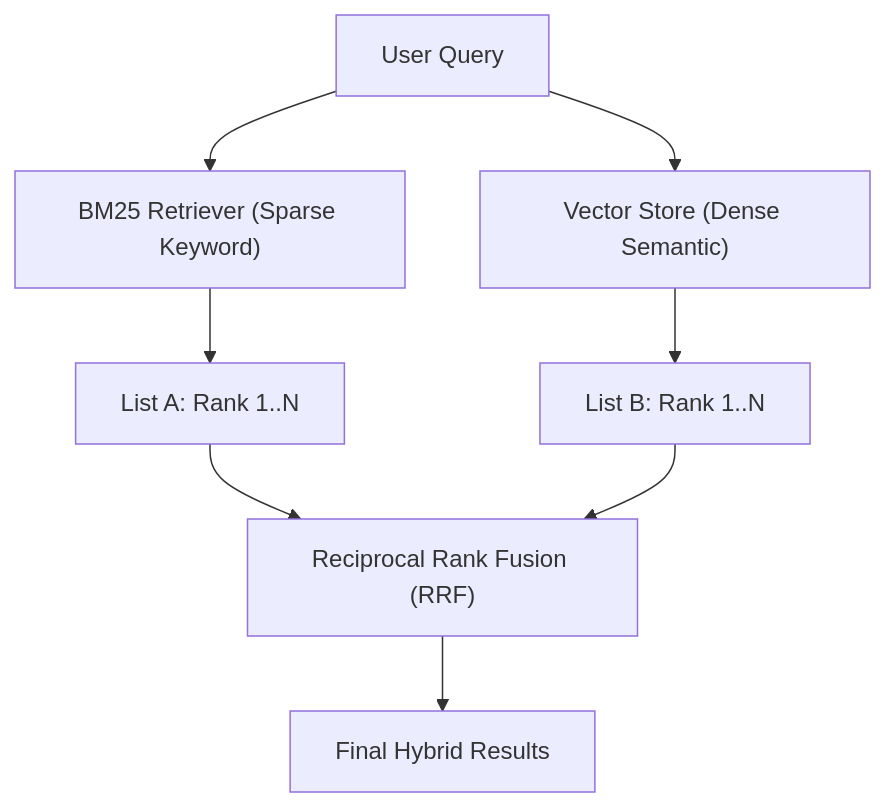
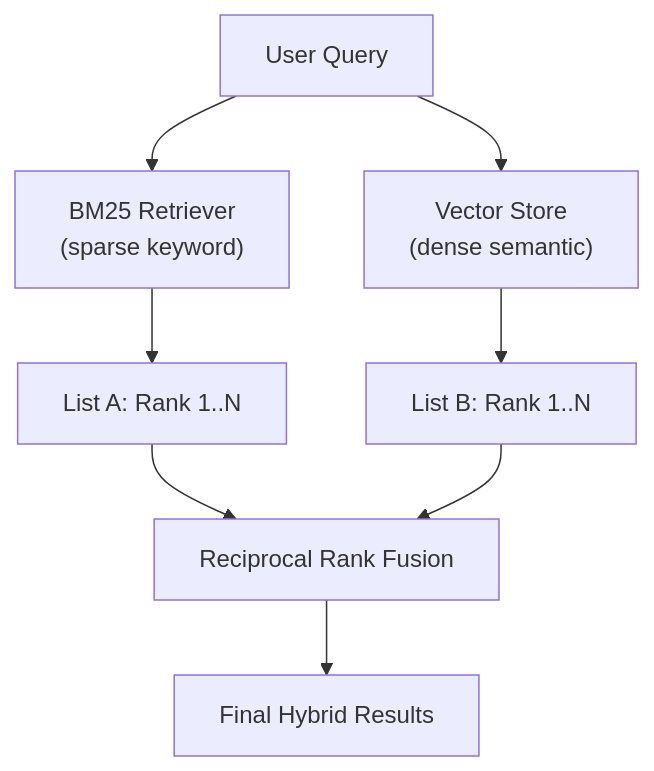
Before and after one commit to satyam0singh/Agentic-AI: diagram 13 of 13 in RAG/Retrivers.md, drawn with Mermaid. The commit also changed other lines of this file, not shown here.

````diff
--- a/RAG/Retrivers.md
+++ b/RAG/Retrivers.md
@@ -284,10 +459,10 @@
 ```mermaid
 flowchart TD
-    UQ[User Query] --> BM25["BM25 Retriever (Sparse Keyword)"]
-    UQ --> VS["Vector Store (Dense Semantic)"]
-    BM25 --> L1["List A: Rank 1..N"]
-    VS --> L2["List B: Rank 1..N"]
-    L1 --> RRF["Reciprocal Rank Fusion (RRF)"]
-    L2 --> RRF
-    RRF --> FHR[Final Hybrid Results]
+    Q["User Query"] --> B["BM25 Retriever<br/>(sparse keyword)"]
+    Q --> V["Vector Store<br/>(dense semantic)"]
+    B --> LA["List A: Rank 1..N"]
+    V --> LB["List B: Rank 1..N"]
+    LA --> RRF["Reciprocal Rank Fusion"]
+    LB --> RRF
+    RRF --> Out["Final Hybrid Results"]
 ```
````
